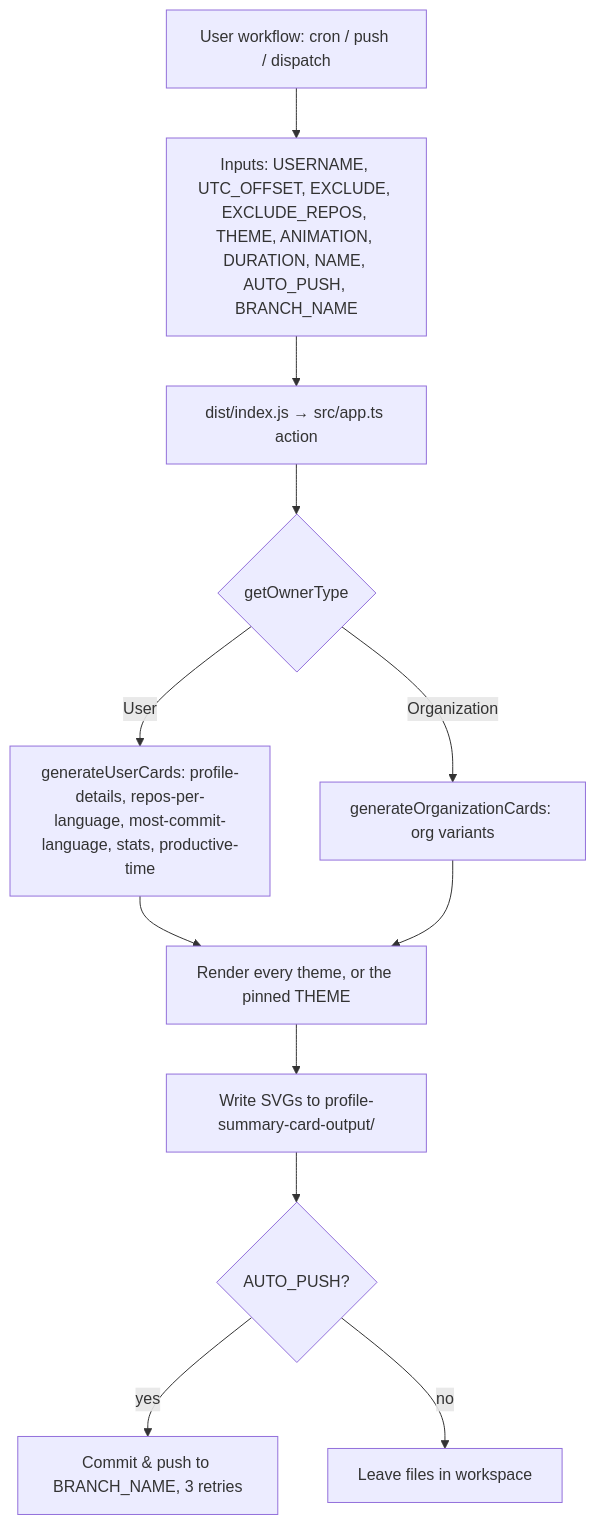
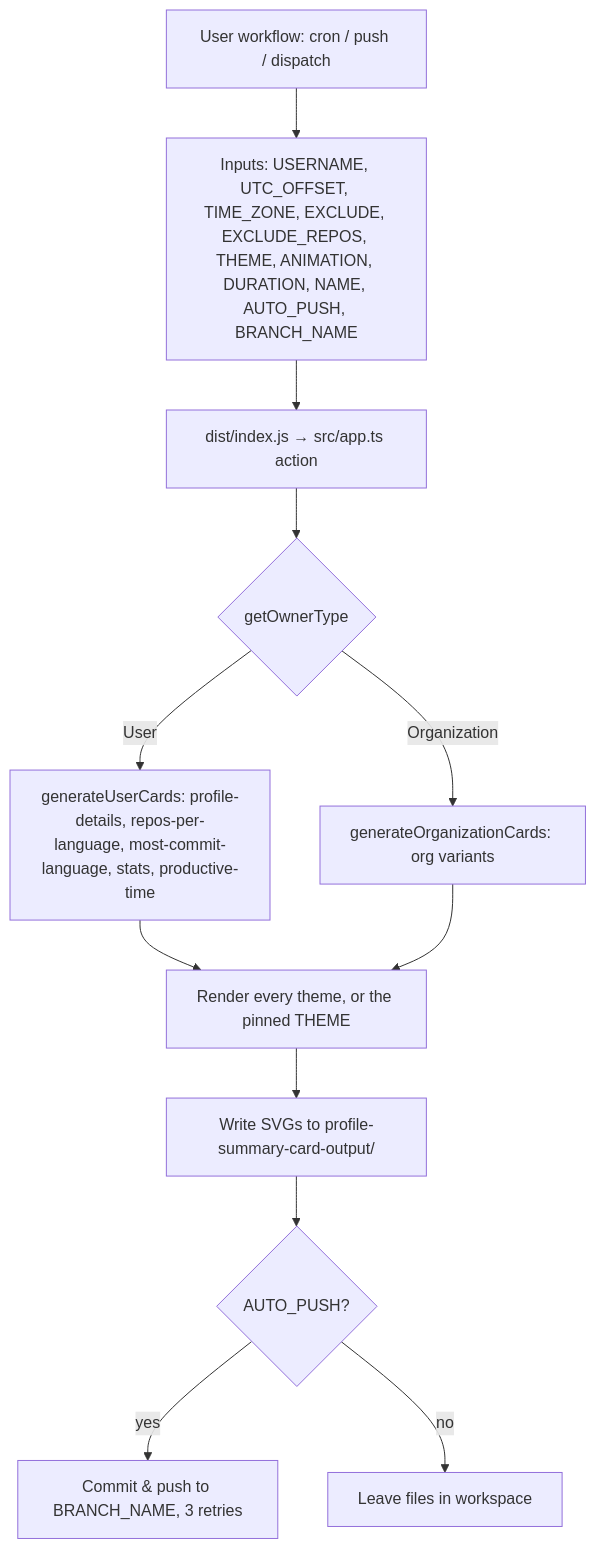
One commit to vn7n24fzkq/github-profile-summary-cards changed the diagram in docs/architecture/github-action.md. Above: the diagram before and after it, drawn with Mermaid. The commit also changed 20 other files, not shown here.

````diff
--- a/docs/architecture/github-action.md
+++ b/docs/architecture/github-action.md
@@ -10,14 +10,14 @@
 ```mermaid
 flowchart TB
-    trigger["User workflow: cron / push / dispatch"] --> inputs["Inputs: USERNAME, UTC_OFFSET, EXCLUDE, EXCLUDE_REPOS, THEME, ANIMATION, DURATION, NAME, AUTO_PUSH, BRANCH_NAME"]
+    trigger["User workflow: cron / push / dispatch"] --> inputs["Inputs: USERNAME, UTC_OFFSET, TIME_ZONE, EXCLUDE, EXCLUDE_REPOS, THEME, ANIMATION, DURATION, NAME, AUTO_PUSH, BRANCH_NAME"]
     inputs --> app["dist/index.js → src/app.ts action"]
     app --> owner{getOwnerType}
     owner -->|User| ucards["generateUserCards: profile-details, repos-per-language, most-commit-language, stats, productive-time"]
     owner -->|Organization| ocards["generateOrganizationCards: org variants"]
     ucards --> render["Render every theme, or the pinned THEME"]
     ocards --> render
     render --> files["Write SVGs to profile-summary-card-output/"]
     files --> push{AUTO_PUSH?}
     push -->|yes| commit["Commit & push to BRANCH_NAME, 3 retries"]
     push -->|no| done[Leave files in workspace]
 ```
````
